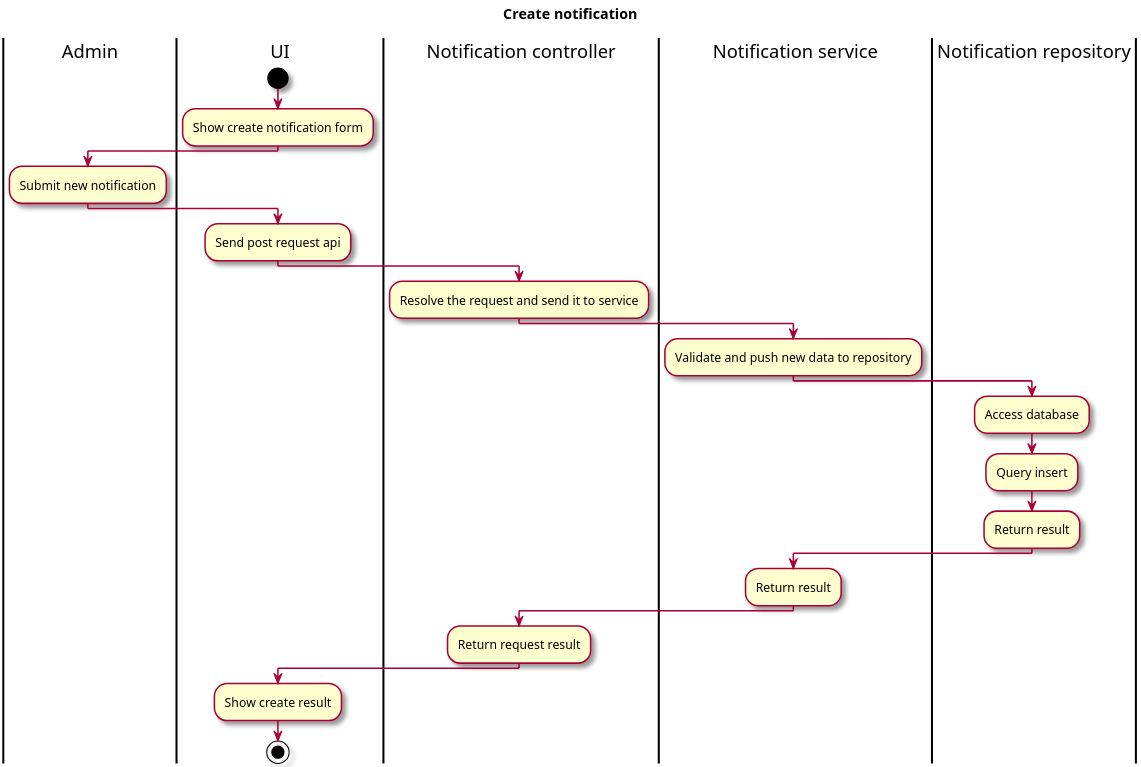
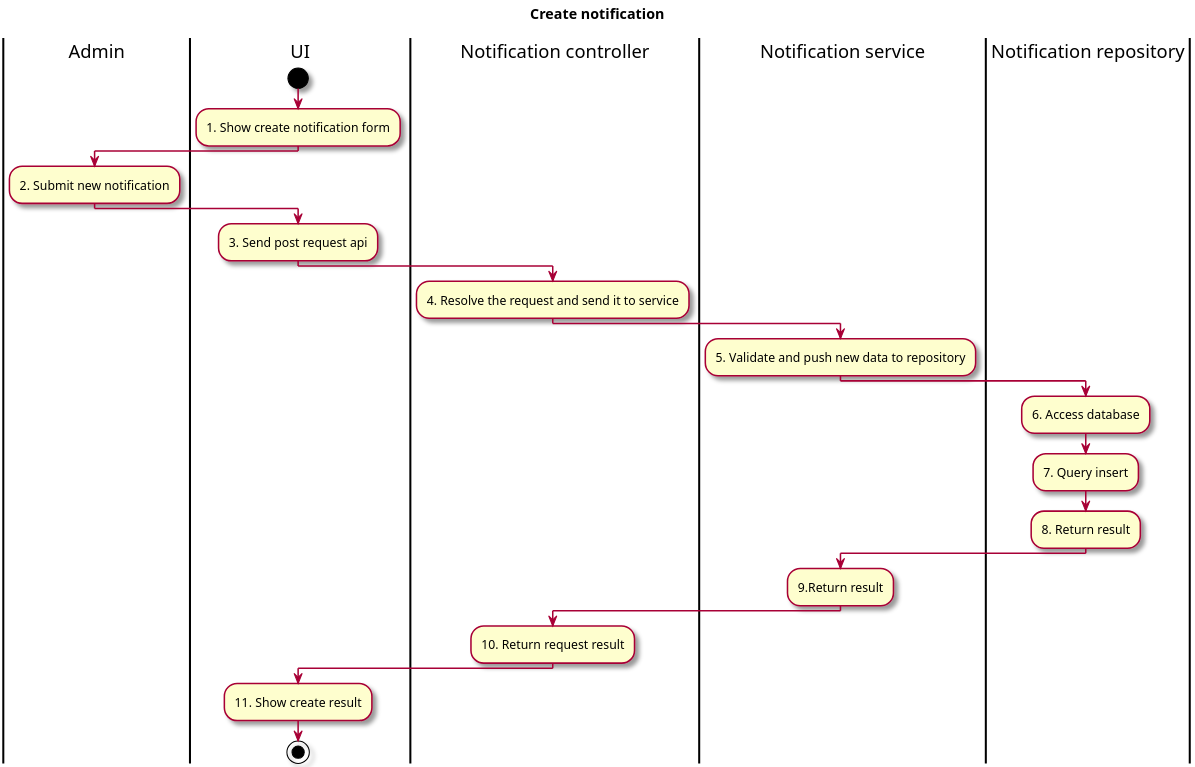
The diagram in Activity/7.1 Create notification.puml (Marowota/ecommerce-plantuml), drawn with PlantUML before and after one commit. The commit also changed 4 other files, not shown here.

```diff
--- a/Activity/7.1 Create notification.puml
+++ b/Activity/7.1 Create notification.puml
@@ -1,35 +1,34 @@
 @startuml 7. Create notification
 skin rose
 !pragma useVerticalIf on
 scale 3
-
 title "Create notification"
 
 |Admin|
 |UI|
 start
-    :Show create notification form;
+    :1. Show create notification form;
     |Admin|
-    :Submit new notification;
+    :2. Submit new notification;
     |UI|
-    :Send post request api;
+    :3. Send post request api;
     |Notification controller|
-    :Resolve the request and send it to service;
+    :4. Resolve the request and send it to service;
     |Notification service|
-    :Validate and push new data to repository;
+    :5. Validate and push new data to repository;
     |Notification repository|
-    :Access database;
-    :Query insert;
-    :Return result;
+    :6. Access database;
+    :7. Query insert;
+    :8. Return result;
     |Notification service|
-    :Return result;
+    :9.Return result;
     |Notification controller|
-    :Return request result;
+    :10. Return request result;
     |UI|
-    :Show create result;
+    :11. Show create result;
 stop
 
 
 
 
 @enduml
```
